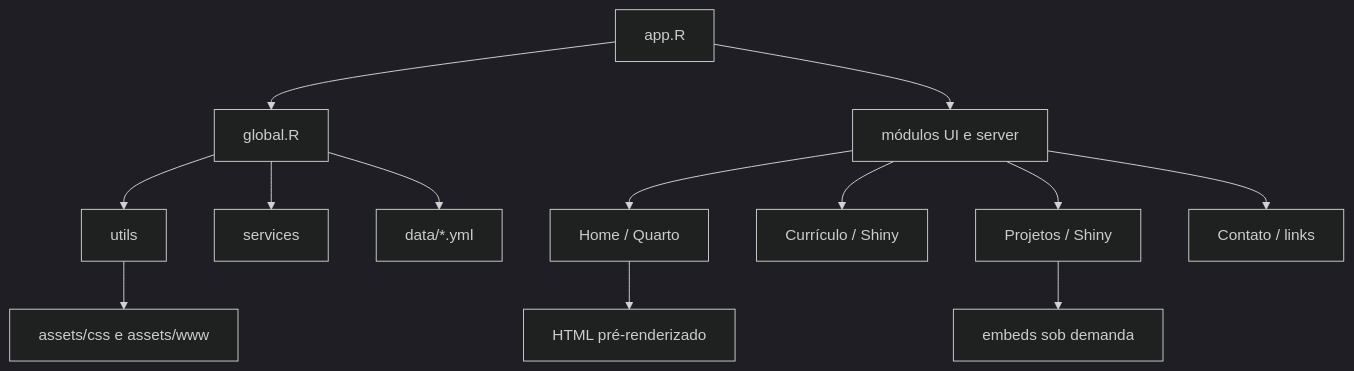
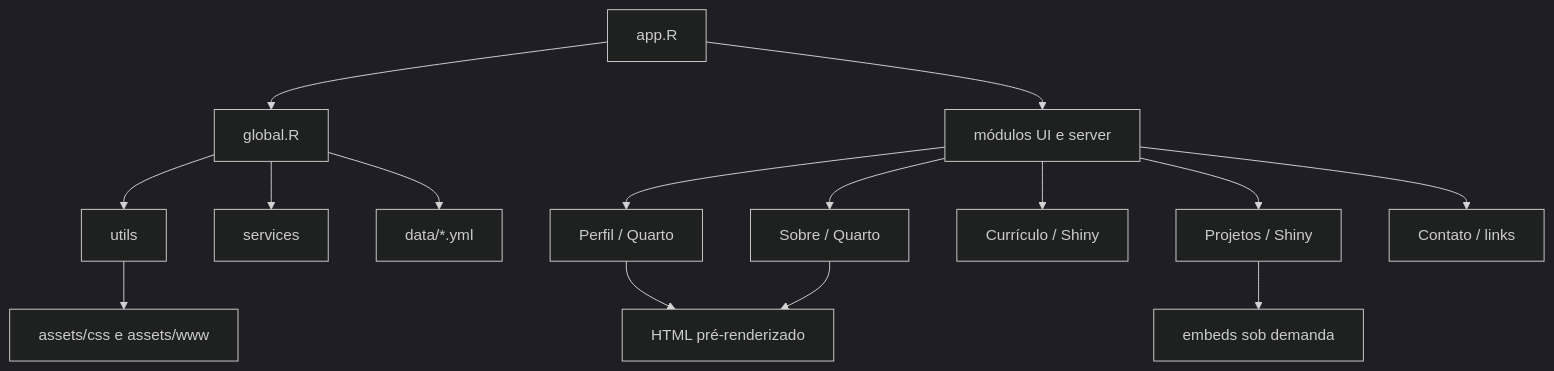
Before and after one commit to marco-leal-analytics/marco-leal-portfolio: the diagram in README.md, drawn with Mermaid (dark theme). The commit also changed other lines of this file and 18 other files, not shown here.

````diff
--- a/README.md
+++ b/README.md
@@ -34,15 +35,17 @@
 ```mermaid
 flowchart TD
   A[app.R] --> B[global.R]
   B --> C[utils]
   B --> D[services]
   B --> E[data/*.yml]
   A --> F[ módulos UI e server ]
-  F --> G[Home / Quarto]
-  F --> H[Currículo / Shiny]
-  F --> I[Projetos / Shiny]
-  F --> J[Contato / links]
-  I --> K[embeds sob demanda]
-  G --> L[HTML pré-renderizado]
-  C --> M[assets/css e assets/www]
+  F --> G[Perfil / Quarto]
+  F --> H[Sobre / Quarto]
+  F --> I[Currículo / Shiny]
+  F --> J[Projetos / Shiny]
+  F --> K[Contato / links]
+  J --> L[embeds sob demanda]
+  G --> M[HTML pré-renderizado]
+  H --> M
+  C --> N[assets/css e assets/www]
 ```
````
